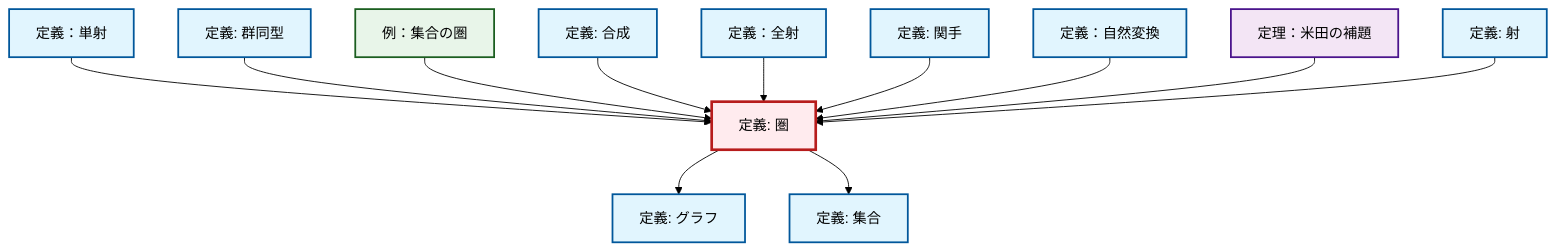
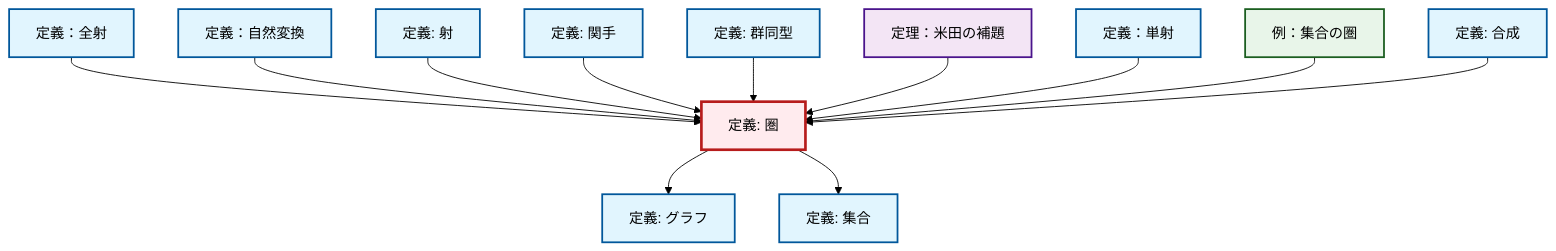
Before and after one commit to RK0429/ModernMath: the diagram in content/ja/category-theory/def-category.qmd, drawn with Mermaid (forest theme). The commit also changed other lines of this file and 1012 other files, not shown here.

````diff
--- a/content/ja/category-theory/def-category.qmd
+++ b/content/ja/category-theory/def-category.qmd
@@ -48,44 +48,44 @@
 ```{mermaid}
 %%| fig-cap: "Local dependency graph"
 graph TD
     classDef definition fill:#e1f5fe,stroke:#01579b,stroke-width:2px
     classDef theorem fill:#f3e5f5,stroke:#4a148c,stroke-width:2px
     classDef axiom fill:#fff3e0,stroke:#e65100,stroke-width:2px
     classDef example fill:#e8f5e9,stroke:#1b5e20,stroke-width:2px
     classDef current fill:#ffebee,stroke:#b71c1c,stroke-width:3px
-    def-monomorphism["定義：単射"]:::definition
+    thm-yoneda["定理：米田の補題"]:::theorem
+    def-natural-transformation["定義：自然変換"]:::definition
+    def-isomorphism["定義: 群同型"]:::definition
+    def-set["定義: 集合"]:::definition
+    def-composition["定義: 合成"]:::definition
     def-category["定義: 圏"]:::definition
     def-graph["定義: グラフ"]:::definition
-    def-set["定義: 集合"]:::definition
-    thm-yoneda["定理：米田の補題"]:::theorem
+    def-monomorphism["定義：単射"]:::definition
+    def-functor["定義: 関手"]:::definition
+    def-morphism["定義: 射"]:::definition
+    ex-set-category["例：集合の圏"]:::example
     def-epimorphism["定義：全射"]:::definition
-    def-isomorphism["定義: 群同型"]:::definition
-    def-natural-transformation["定義：自然変換"]:::definition
-    def-composition["定義: 合成"]:::definition
-    ex-set-category["例：集合の圏"]:::example
-    def-morphism["定義: 射"]:::definition
-    def-functor["定義: 関手"]:::definition
+    def-epimorphism --> def-category
+    def-natural-transformation --> def-category
     def-category --> def-graph
+    def-category --> def-set
+    def-morphism --> def-category
+    def-functor --> def-category
+    def-isomorphism --> def-category
+    thm-yoneda --> def-category
     def-monomorphism --> def-category
-    def-isomorphism --> def-category
     ex-set-category --> def-category
     def-composition --> def-category
-    def-epimorphism --> def-category
-    def-functor --> def-category
-    def-natural-transformation --> def-category
-    thm-yoneda --> def-category
-    def-morphism --> def-category
-    def-category --> def-set
     class def-category current
+    click thm-yoneda "thm-yoneda.html" "定理：米田の補題へ"
+    click def-natural-transformation "def-natural-transformation.html" "定義：自然変換へ"
+    click def-isomorphism "def-isomorphism.html" "群同型の定義へ"
+    click def-set "def-set.html" "集合の定義へ"
+    click def-composition "def-composition.html" "合成の定義へ"
+    click def-graph "def-graph.html" "グラフの定義へ"
     click def-monomorphism "def-monomorphism.html" "定義：単射へ"
-    click def-graph "def-graph.html" "グラフの定義へ"
-    click def-set "def-set.html" "集合の定義へ"
-    click thm-yoneda "thm-yoneda.html" "定理：米田の補題へ"
+    click def-functor "def-functor.html" "関手の定義へ"
+    click def-morphism "def-morphism.html" "射の定義へ"
+    click ex-set-category "ex-set-category.html" "例：集合の圏へ"
     click def-epimorphism "def-epimorphism.html" "定義：全射へ"
-    click def-isomorphism "def-isomorphism.html" "群同型の定義へ"
-    click def-natural-transformation "def-natural-transformation.html" "定義：自然変換へ"
-    click def-composition "def-composition.html" "合成の定義へ"
-    click ex-set-category "ex-set-category.html" "例：集合の圏へ"
-    click def-morphism "def-morphism.html" "射の定義へ"
-    click def-functor "def-functor.html" "関手の定義へ"
 ```
````
